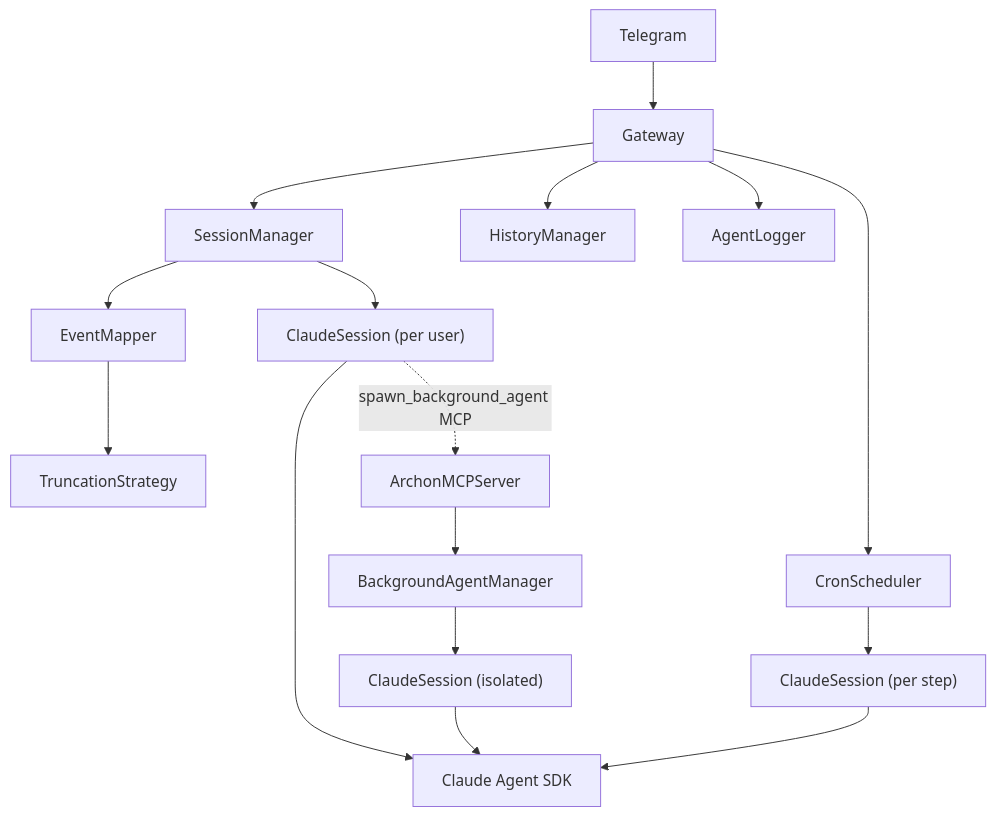
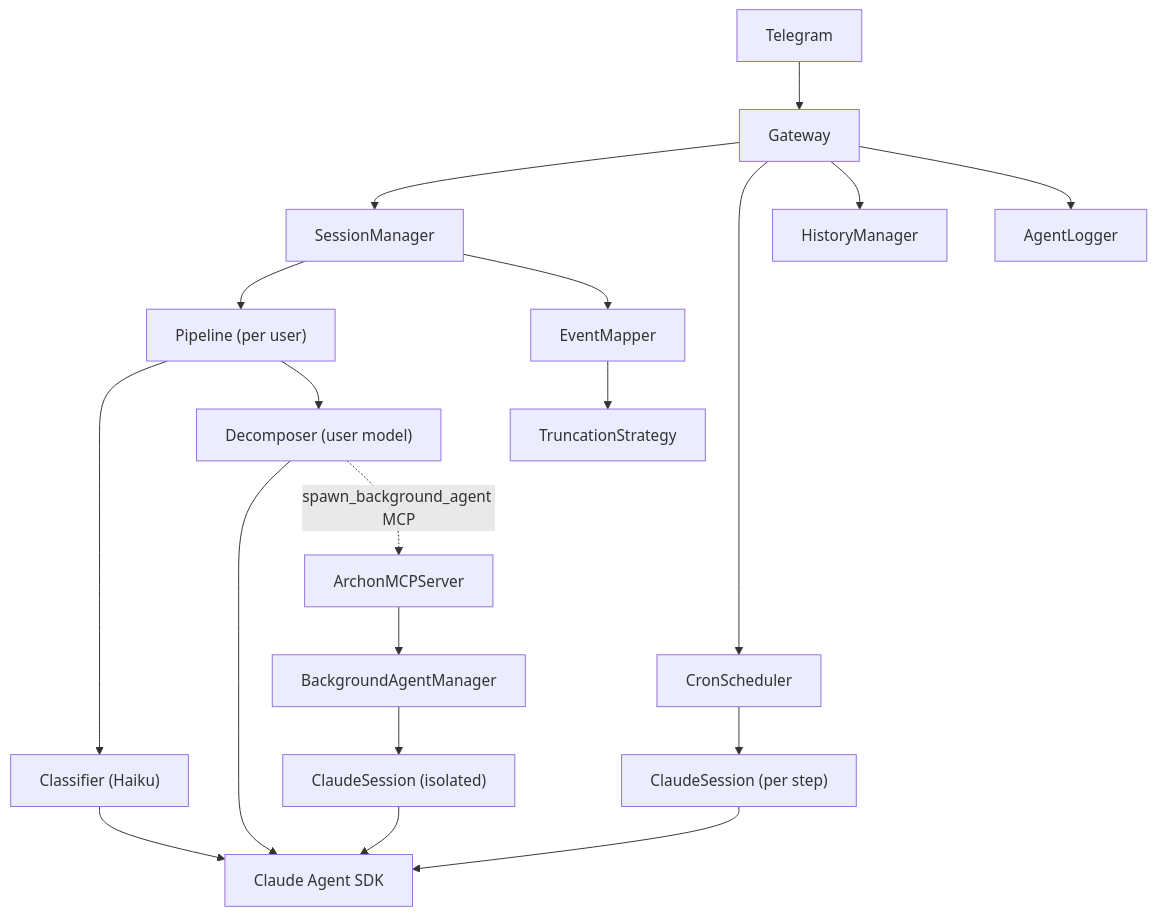
Before and after one commit to user538295/archon-assistant: the second of 2 diagrams in README.md, drawn with Mermaid. The commit also changed other lines of this file and 4 other files, not shown here.

Commit message:
docs: update architecture docs for multi-agent pipeline (Pipeline, Classification, ClassificationEvent)

````diff
--- a/README.md
+++ b/README.md
@@ -492,18 +502,21 @@
 ```mermaid
 flowchart TD
     TG[Telegram] --> GW[Gateway]
     GW --> SM[SessionManager]
-    SM --> CS["ClaudeSession (per user)"]
-    CS --> SDK[Claude Agent SDK]
+    SM --> PL["Pipeline (per user)"]
+    PL --> CLF["Classifier (Haiku)"]
+    PL --> DEC["Decomposer (user model)"]
+    CLF --> SDK[Claude Agent SDK]
+    DEC --> SDK
     SM --> EM[EventMapper]
     EM --> TS[TruncationStrategy]
-    CS -.->|spawn_background_agent MCP| AMCP[ArchonMCPServer]
+    DEC -.->|spawn_background_agent MCP| AMCP[ArchonMCPServer]
     AMCP --> BAM[BackgroundAgentManager]
     BAM --> CSI["ClaudeSession (isolated)"]
     CSI --> SDK
     GW --> CRON[CronScheduler]
     CRON --> CSC["ClaudeSession (per step)"]
     CSC --> SDK
     GW --> HM[HistoryManager]
     GW --> AL[AgentLogger]
 ```
````
